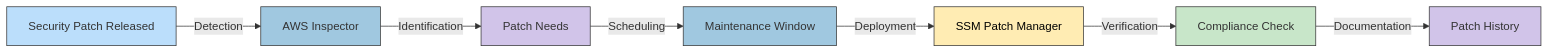
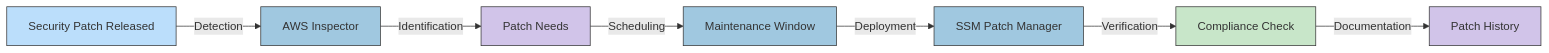
Before and after one commit to Hack23/cia: the ninth of 9 diagrams in SECURITY_ARCHITECTURE.md, drawn with Mermaid. The commit also changed other lines of this file, not shown here.

````diff
--- a/SECURITY_ARCHITECTURE.md
+++ b/SECURITY_ARCHITECTURE.md
@@ -959,17 +947,20 @@
 ```mermaid
 graph LR
+    classDef event fill:#bbdefb,stroke:#333,stroke-width:1px
+    classDef service fill:#a0c8e0,stroke:#333,stroke-width:1px
+    classDef data fill:#d1c4e9,stroke:#333,stroke-width:1px
+    classDef security fill:#ffecb3,stroke:#333,stroke-width:1px,color:black
+    classDef process fill:#c8e6c9,stroke:#333,stroke-width:1px
+    
     A[Security Patch Released] -->|Detection| B[AWS Inspector]
     B -->|Identification| C[Patch Needs]
     C -->|Scheduling| D[Maintenance Window]
     D -->|Deployment| E[SSM Patch Manager]
     E -->|Verification| F[Compliance Check]
     F -->|Documentation| G[Patch History]
     
-    style A fill:#bbdefb,stroke:#333,stroke-width:1px
-    style B fill:#a0c8e0,stroke:#333,stroke-width:1px
-    style C fill:#d1c4e9,stroke:#333,stroke-width:1px
-    style D fill:#a0c8e0,stroke:#333,stroke-width:1px
-    style E fill:#ffecb3,stroke:#333,stroke-width:1px,color:black
-    style F fill:#c8e6c9,stroke:#333,stroke-width:1px
-    style G fill:#d1c4e9,stroke:#333,stroke-width:1px
+    class A event
+    class B,D,E service
+    class C,G data
+    class F process
 ```
````
